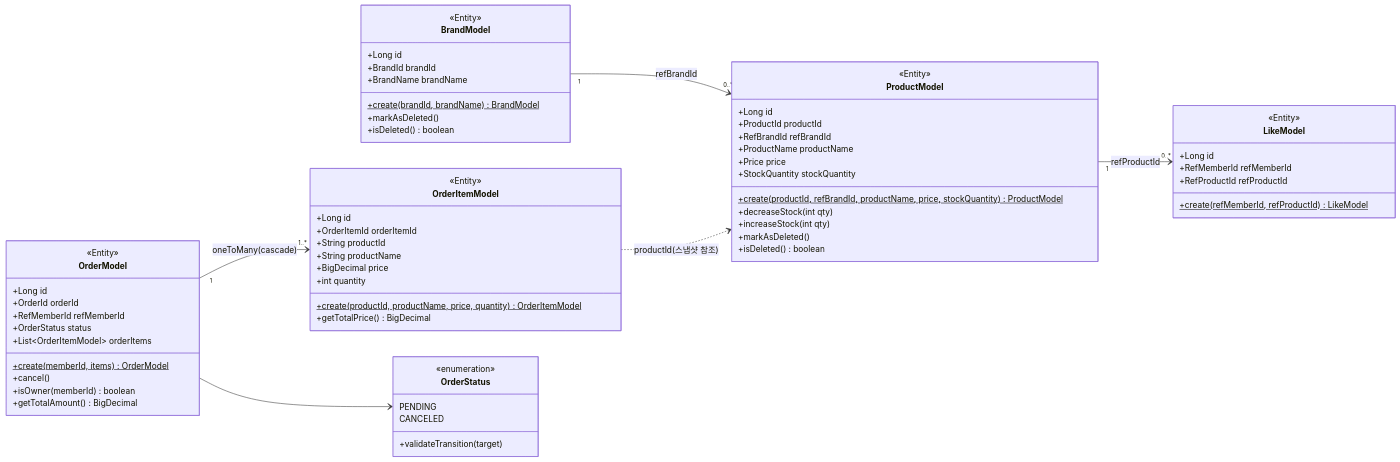
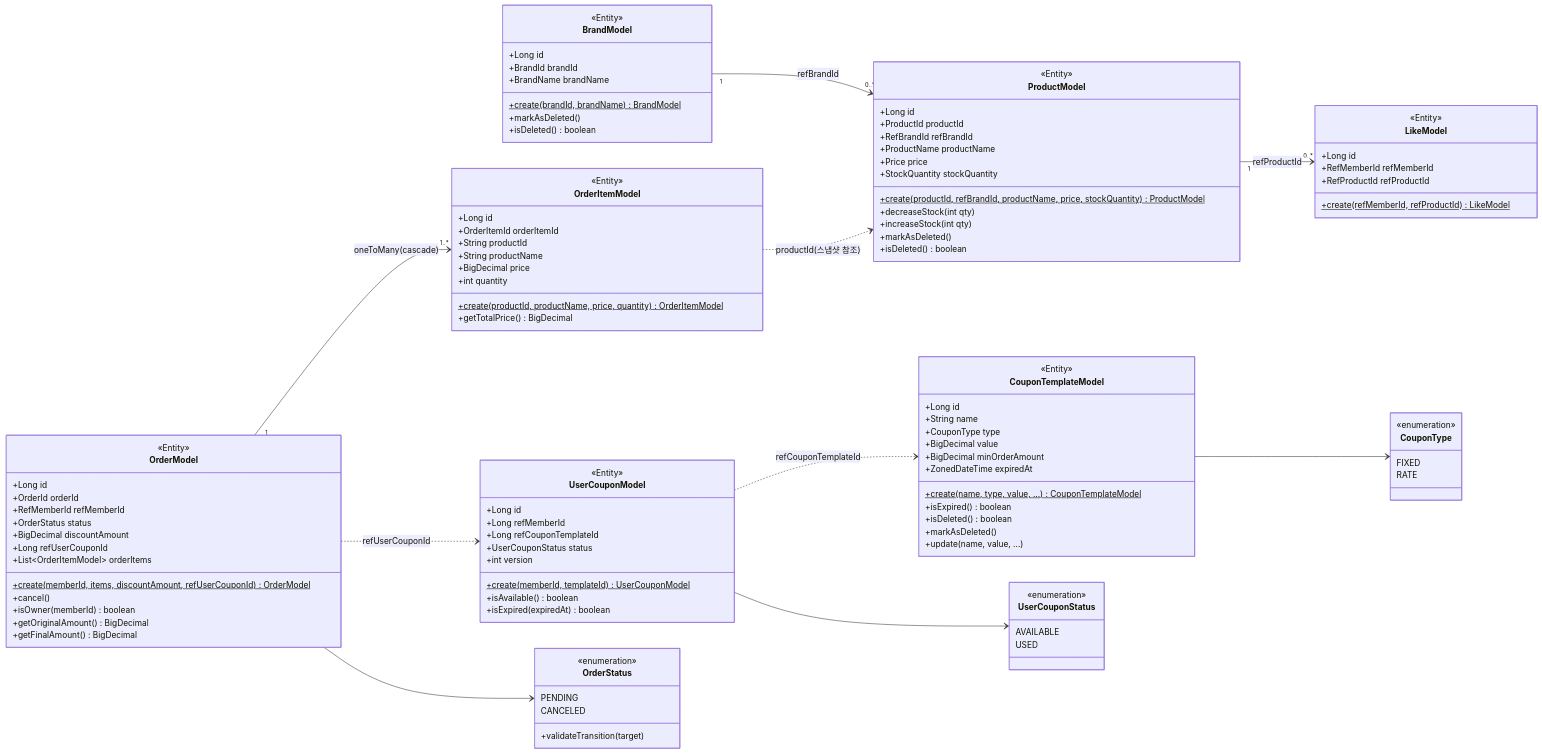
Before and after one commit to YoHanKi/loop-pack-be-l2-vol3-java: the second of 9 diagrams in docs/design/03-class-diagram.md, drawn with Mermaid. The commit also changed other lines of this file and 1 other file, not shown here.

First line of the commit message:
docs: 동시성 전략 반영한 시퀀스/클래스 다이어그램 업데이트

````diff
--- a/docs/design/03-class-diagram.md
+++ b/docs/design/03-class-diagram.md
@@ -76,11 +80,14 @@
         +OrderId orderId
         +RefMemberId refMemberId
         +OrderStatus status
+        +BigDecimal discountAmount
+        +Long refUserCouponId
         +List~OrderItemModel~ orderItems
-        +create(memberId, items) OrderModel$
+        +create(memberId, items, discountAmount, refUserCouponId) OrderModel$
         +cancel()
         +isOwner(memberId) boolean
-        +getTotalAmount() BigDecimal
+        +getOriginalAmount() BigDecimal
+        +getFinalAmount() BigDecimal
     }
 
     class OrderItemModel {
@@ -95,6 +102,33 @@
         +getTotalPrice() BigDecimal
     }
 
+    class CouponTemplateModel {
+        <<Entity>>
+        +Long id
+        +String name
+        +CouponType type
+        +BigDecimal value
+        +BigDecimal minOrderAmount
+        +ZonedDateTime expiredAt
+        +create(name, type, value, ...) CouponTemplateModel$
+        +isExpired() boolean
+        +isDeleted() boolean
+        +markAsDeleted()
+        +update(name, value, ...)
+    }
+
+    class UserCouponModel {
+        <<Entity>>
+        +Long id
+        +Long refMemberId
+        +Long refCouponTemplateId
+        +UserCouponStatus status
+        +int version
+        +create(memberId, templateId) UserCouponModel$
+        +isAvailable() boolean
+        +isExpired(expiredAt) boolean
+    }
+
     class OrderStatus {
         <<enumeration>>
         PENDING
@@ -102,9 +136,25 @@
         +validateTransition(target)
     }
 
+    class CouponType {
+        <<enumeration>>
+        FIXED
+        RATE
+    }
+
+    class UserCouponStatus {
+        <<enumeration>>
+        AVAILABLE
+        USED
+    }
+
     BrandModel "1" --> "0..*" ProductModel : refBrandId
     ProductModel "1" --> "0..*" LikeModel : refProductId
     OrderModel "1" --> "1..*" OrderItemModel : oneToMany(cascade)
     OrderItemModel ..> ProductModel : productId(스냅샷 참조)
     OrderModel --> OrderStatus
+    OrderModel ..> UserCouponModel : refUserCouponId
+    CouponTemplateModel --> CouponType
+    UserCouponModel --> UserCouponStatus
+    UserCouponModel ..> CouponTemplateModel : refCouponTemplateId
 ```
````
